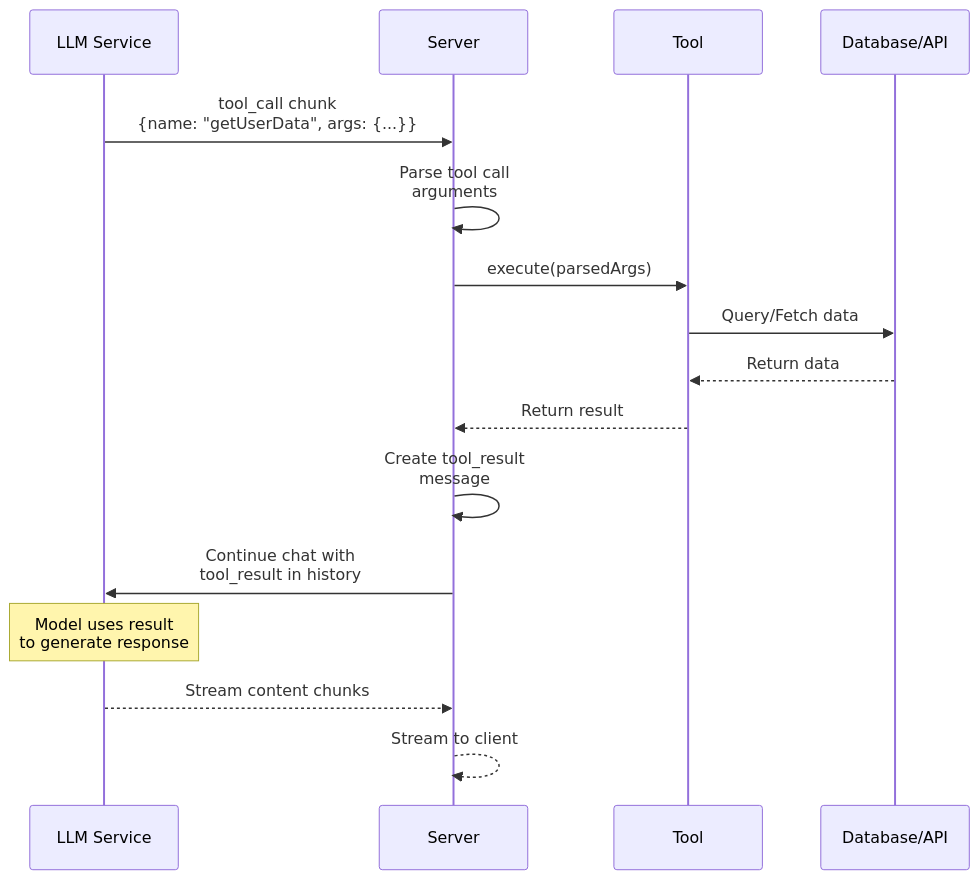
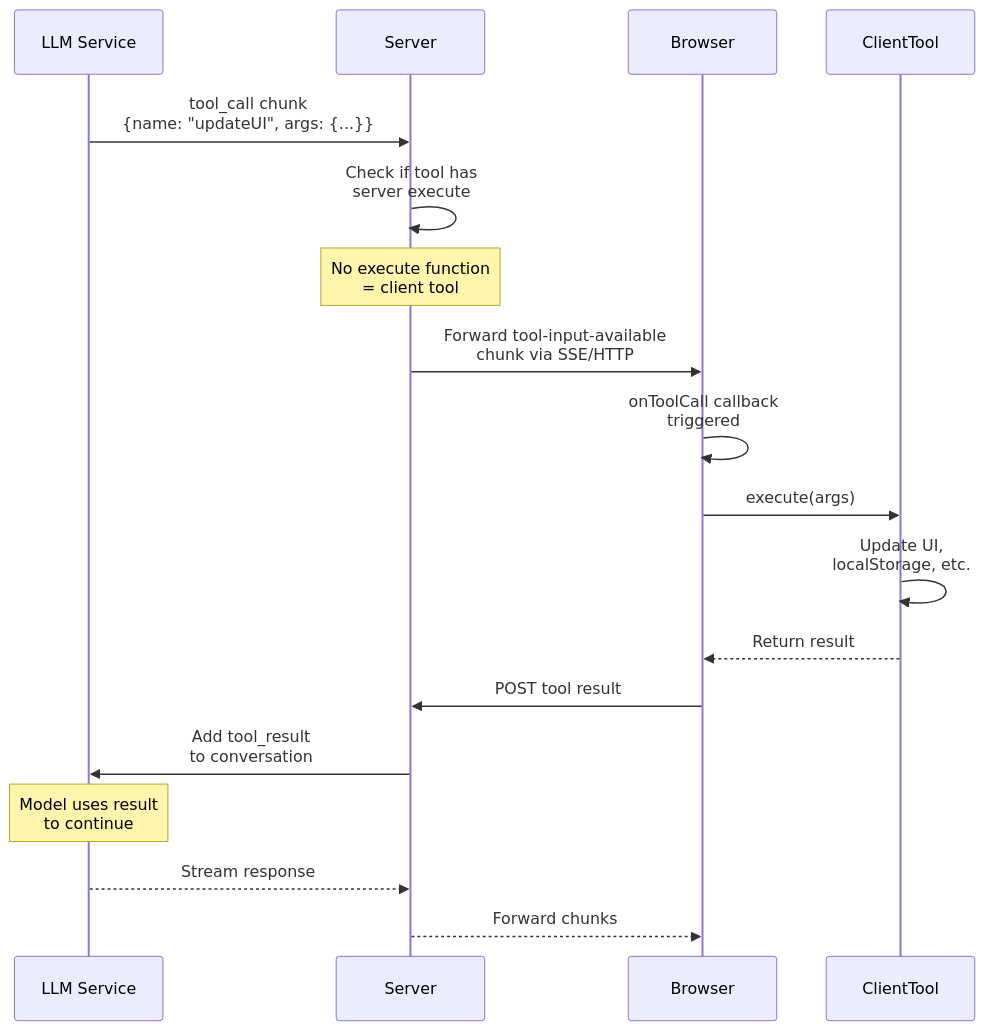
Before and after one commit to Simplereally/rapid-chat: the diagram in documentation/tanstack-ai/guides/client-tools.md, drawn with Mermaid. The commit also changed other lines of this file and 9 other files, not shown here.

````diff
--- a/documentation/tanstack-ai/guides/client-tools.md
+++ b/documentation/tanstack-ai/guides/client-tools.md
@@ -8,21 +9,25 @@
 ```mermaid
 sequenceDiagram
     participant LLM Service
     participant Server
-    participant Tool
-    participant Database/API
+    participant Browser
+    participant ClientTool
     
-    LLM Service->>Server: tool_call chunk<br/>{name: "getUserData", args: {...}}
-    Server->>Server: Parse tool call<br/>arguments
-    Server->>Tool: execute(parsedArgs)
-    Tool->>Database/API: Query/Fetch data
-    Database/API-->>Tool: Return data
-    Tool-->>Server: Return result
-    Server->>Server: Create tool_result<br/>message
-    Server->>LLM Service: Continue chat with<br/>tool_result in history
+    LLM Service->>Server: tool_call chunk<br/>{name: "updateUI", args: {...}}
+    Server->>Server: Check if tool has<br/>server execute
     
-    Note over LLM Service: Model uses result<br/>to generate response
+    Note over Server: No execute function<br/>= client tool
     
-    LLM Service-->>Server: Stream content chunks
-    Server-->>Server: Stream to client
+    Server->>Browser: Forward tool-input-available<br/>chunk via SSE/HTTP
+    Browser->>Browser: onToolCall callback<br/>triggered
+    Browser->>ClientTool: execute(args)
+    ClientTool->>ClientTool: Update UI,<br/>localStorage, etc.
+    ClientTool-->>Browser: Return result
+    Browser->>Server: POST tool result
+    Server->>LLM Service: Add tool_result<br/>to conversation
+    
+    Note over LLM Service: Model uses result<br/>to continue
+    
+    LLM Service-->>Server: Stream response
+    Server-->>Browser: Forward chunks
 ```
````
